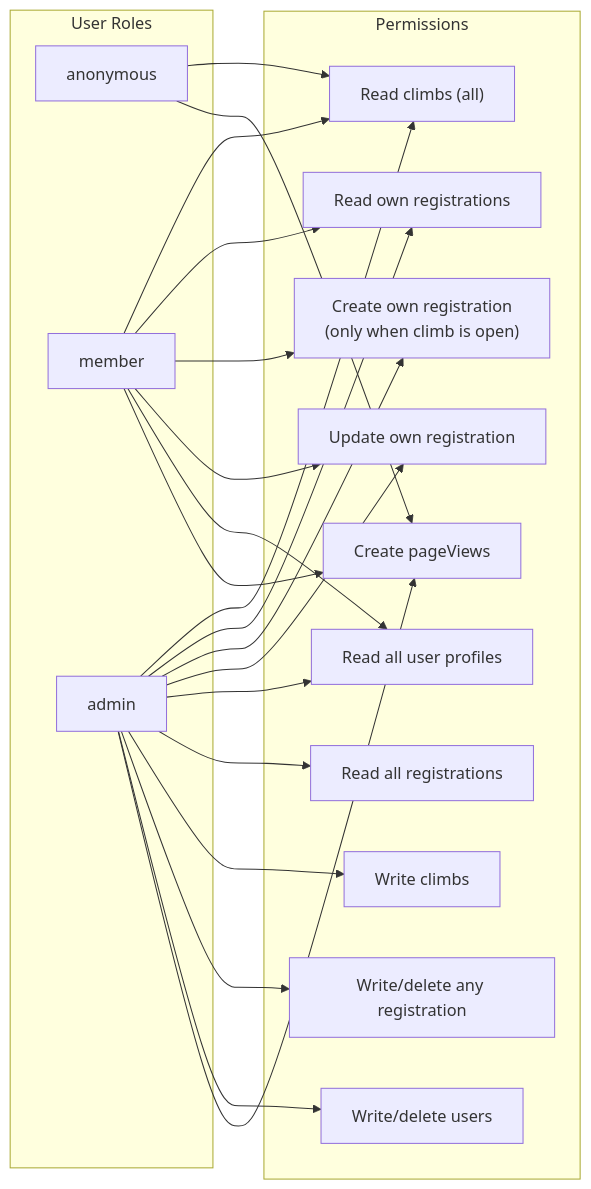
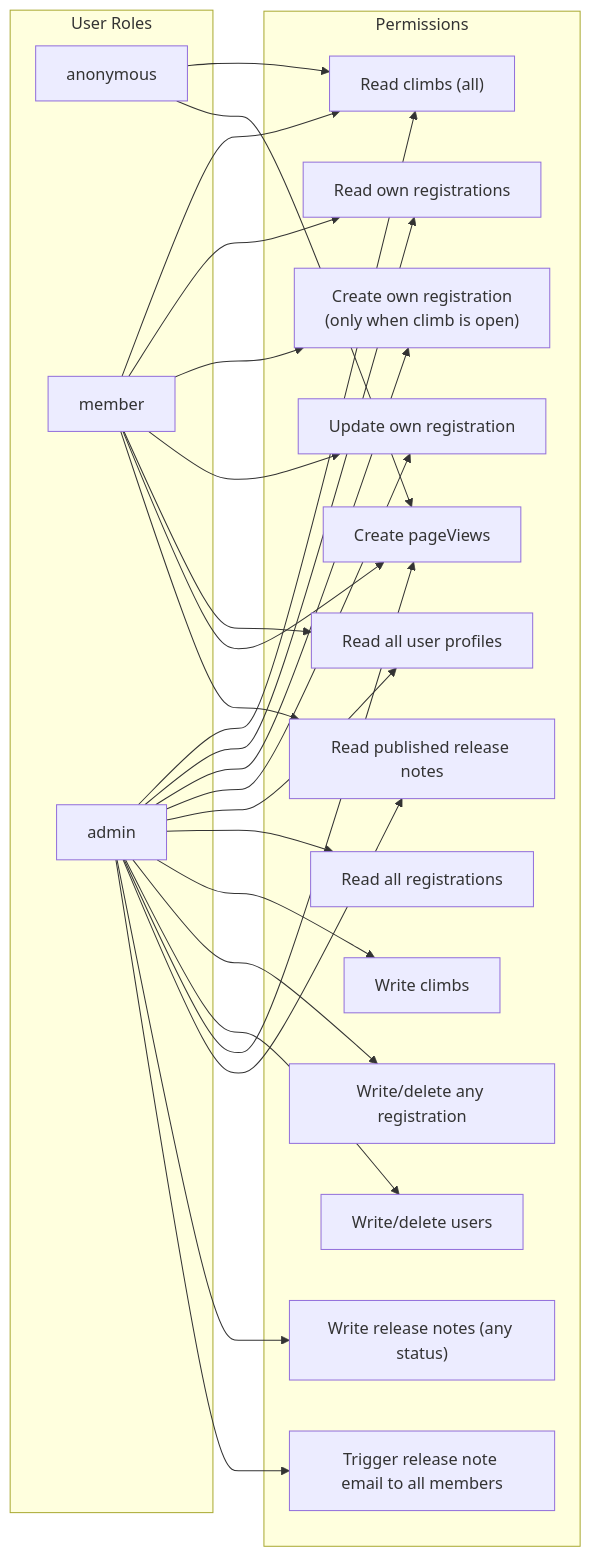
The third of 7 diagrams in docs/SECURITY.md (Oweeboi011/mms-open-climbs), drawn with Mermaid before and after one commit. The commit also changed other lines of this file and 9 other files, not shown here.

First line of the commit message:
feat: Implement Release Notes feature with admin publishing and member notifications

````diff
--- a/docs/SECURITY.md
+++ b/docs/SECURITY.md
@@ -105,40 +110,47 @@
 ```mermaid
 flowchart LR
     subgraph Roles["User Roles"]
         PUB["anonymous"]
         MEM["member"]
         ADM["admin"]
     end
 
     subgraph Permissions["Permissions"]
         P1["Read climbs (all)"]
         P2["Read own registrations"]
         P3["Create own registration\n(only when climb is open)"]
         P4["Update own registration"]
         P5["Read all user profiles"]
         P6["Read all registrations"]
         P7["Write climbs"]
         P8["Write/delete any registration"]
         P9["Write/delete users"]
         P10["Create pageViews"]
+        P11["Read published release notes"]
+        P12["Write release notes (any status)"]
+        P13["Trigger release note email to all members"]
     end
 
     PUB --> P1
     PUB --> P10
     MEM --> P1
     MEM --> P2
     MEM --> P3
     MEM --> P4
     MEM --> P5
     MEM --> P10
+    MEM --> P11
     ADM --> P1
     ADM --> P2
     ADM --> P3
     ADM --> P4
     ADM --> P5
     ADM --> P6
     ADM --> P7
     ADM --> P8
     ADM --> P9
     ADM --> P10
+    ADM --> P11
+    ADM --> P12
+    ADM --> P13
 ```
````
